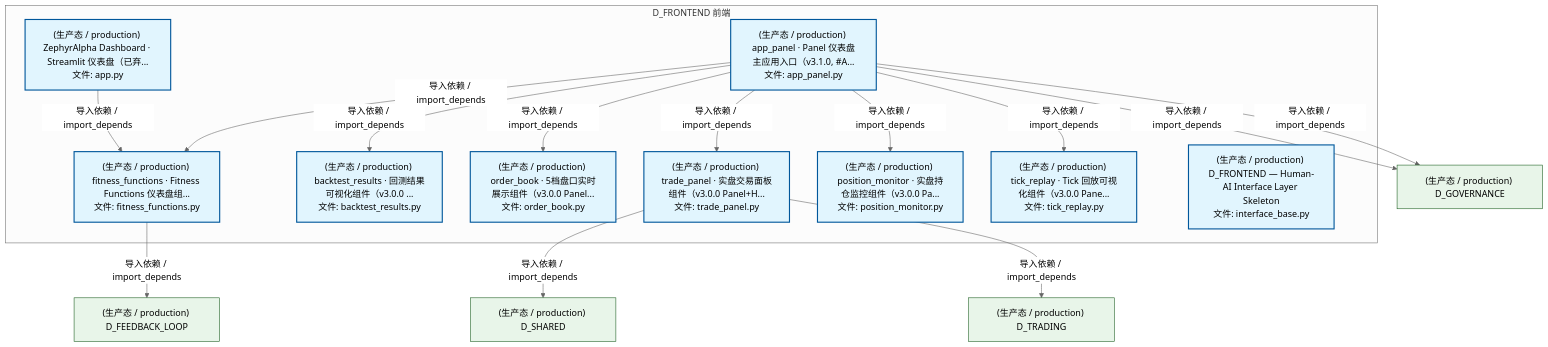
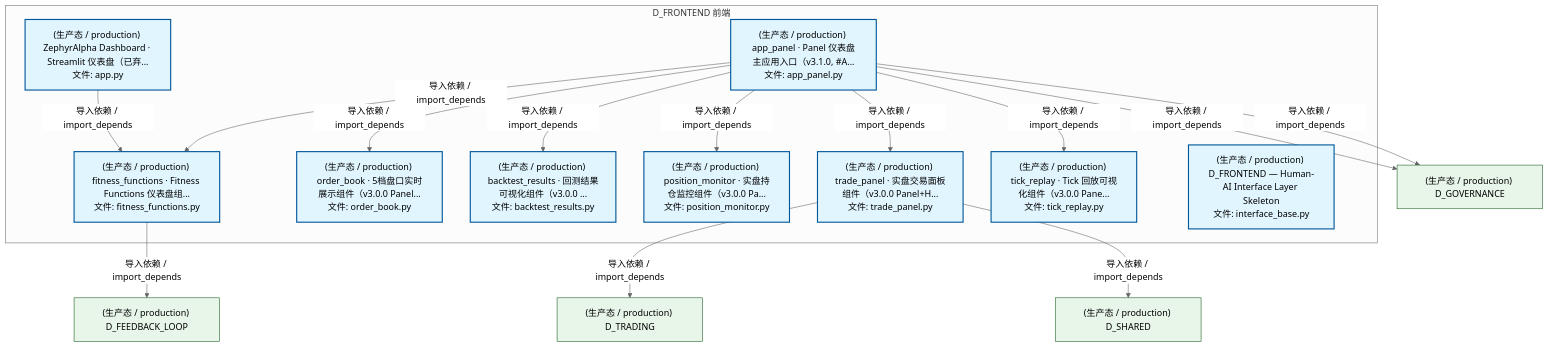
The second of 5 diagrams in docs/02_enterprise_architecture/02_domain_architecture_docs/15_d_frontend.md (xuanFelixVan/ZephyrAlpha), drawn with Mermaid (neutral theme) before and after one commit. The commit also changed 89 other files, not shown here.

````diff
--- a/docs/02_enterprise_architecture/02_domain_architecture_docs/15_d_frontend.md
+++ b/docs/02_enterprise_architecture/02_domain_architecture_docs/15_d_frontend.md
@@ -165,36 +165,36 @@
 ```mermaid
 graph TD
     subgraph D_FRONTEND["D_FRONTEND 前端"]
         src_zephyr_frontend_dashboard_app_py["(生产态 / production) ZephyrAlpha Dashboard · Streamlit 仪表盘（已弃...<br/>文件: app.py"]
         src_zephyr_frontend_dashboard_app_panel_py["(生产态 / production) app_panel · Panel 仪表盘主应用入口（v3.1.0, #A...<br/>文件: app_panel.py"]
         src_zephyr_frontend_dashboard_components_backtest_results_py["(生产态 / production) backtest_results · 回测结果可视化组件（v3.0.0 ...<br/>文件: backtest_results.py"]
         src_zephyr_frontend_dashboard_components_fitness_functions_py["(生产态 / production) fitness_functions · Fitness Functions 仪表盘组...<br/>文件: fitness_functions.py"]
         src_zephyr_frontend_dashboard_components_order_book_py["(生产态 / production) order_book · 5档盘口实时展示组件（v3.0.0 Panel...<br/>文件: order_book.py"]
         src_zephyr_frontend_dashboard_components_position_monitor_py["(生产态 / production) position_monitor · 实盘持仓监控组件（v3.0.0 Pa...<br/>文件: position_monitor.py"]
         src_zephyr_frontend_dashboard_components_tick_replay_py["(生产态 / production) tick_replay · Tick 回放可视化组件（v3.0.0 Pane...<br/>文件: tick_replay.py"]
         src_zephyr_frontend_dashboard_components_trade_panel_py["(生产态 / production) trade_panel · 实盘交易面板组件（v3.0.0 Panel+H...<br/>文件: trade_panel.py"]
         src_zephyr_frontend_interface_base_py["(生产态 / production) D_FRONTEND — Human-AI Interface Layer Skeleton<br/>文件: interface_base.py"]
     end
     src_zephyr_frontend_dashboard_app_py -->|导入依赖 / import_depends| src_zephyr_frontend_dashboard_components_fitness_functions_py
     src_zephyr_frontend_dashboard_app_panel_py -->|导入依赖 / import_depends| src_zephyr_frontend_dashboard_components_fitness_functions_py
+    src_zephyr_frontend_dashboard_app_panel_py -->|导入依赖 / import_depends| src_zephyr_frontend_dashboard_components_order_book_py
     src_zephyr_frontend_dashboard_app_panel_py -->|导入依赖 / import_depends| src_zephyr_frontend_dashboard_components_backtest_results_py
-    src_zephyr_frontend_dashboard_app_panel_py -->|导入依赖 / import_depends| src_zephyr_frontend_dashboard_components_order_book_py
+    src_zephyr_frontend_dashboard_app_panel_py -->|导入依赖 / import_depends| src_zephyr_frontend_dashboard_components_position_monitor_py
     src_zephyr_frontend_dashboard_app_panel_py -->|导入依赖 / import_depends| src_zephyr_frontend_dashboard_components_trade_panel_py
-    src_zephyr_frontend_dashboard_app_panel_py -->|导入依赖 / import_depends| src_zephyr_frontend_dashboard_components_position_monitor_py
     src_zephyr_frontend_dashboard_app_panel_py -->|导入依赖 / import_depends| src_zephyr_frontend_dashboard_components_tick_replay_py
+    D_FEEDBACK_LOOP["(生产态 / production) D_FEEDBACK_LOOP"]
+    src_zephyr_frontend_dashboard_components_fitness_functions_py -->|导入依赖 / import_depends| D_FEEDBACK_LOOP
     D_GOVERNANCE["(生产态 / production) D_GOVERNANCE"]
     src_zephyr_frontend_dashboard_app_panel_py -->|导入依赖 / import_depends| D_GOVERNANCE
-    D_FEEDBACK_LOOP["(生产态 / production) D_FEEDBACK_LOOP"]
-    src_zephyr_frontend_dashboard_components_fitness_functions_py -->|导入依赖 / import_depends| D_FEEDBACK_LOOP
-    D_SHARED["(生产态 / production) D_SHARED"]
-    src_zephyr_frontend_dashboard_components_trade_panel_py -->|导入依赖 / import_depends| D_SHARED
     src_zephyr_frontend_dashboard_app_panel_py -->|导入依赖 / import_depends| D_GOVERNANCE
     D_TRADING["(生产态 / production) D_TRADING"]
     src_zephyr_frontend_dashboard_components_trade_panel_py -->|导入依赖 / import_depends| D_TRADING
+    D_SHARED["(生产态 / production) D_SHARED"]
+    src_zephyr_frontend_dashboard_components_trade_panel_py -->|导入依赖 / import_depends| D_SHARED
     classDef production fill:#e1f5fe,stroke:#01579b,stroke-width:2px,color:#000
     classDef design fill:#fff3e0,stroke:#e65100,stroke-width:2px,color:#000,stroke-dasharray: 5 5
     classDef external_prod fill:#e8f5e9,stroke:#1b5e20,stroke-width:1px,color:#000
     classDef external_design fill:#fce4ec,stroke:#880e4f,stroke-width:1px,color:#000,stroke-dasharray: 5 5
     class src_zephyr_frontend_dashboard_app_py,src_zephyr_frontend_dashboard_app_panel_py,src_zephyr_frontend_dashboard_components_backtest_results_py,src_zephyr_frontend_dashboard_components_fitness_functions_py,src_zephyr_frontend_dashboard_components_order_book_py,src_zephyr_frontend_dashboard_components_position_monitor_py,src_zephyr_frontend_dashboard_components_tick_replay_py,src_zephyr_frontend_dashboard_components_trade_panel_py,src_zephyr_frontend_interface_base_py production
-    class D_GOVERNANCE,D_FEEDBACK_LOOP,D_SHARED,D_TRADING external_prod
+    class D_FEEDBACK_LOOP,D_GOVERNANCE,D_TRADING,D_SHARED external_prod
 ```
````
